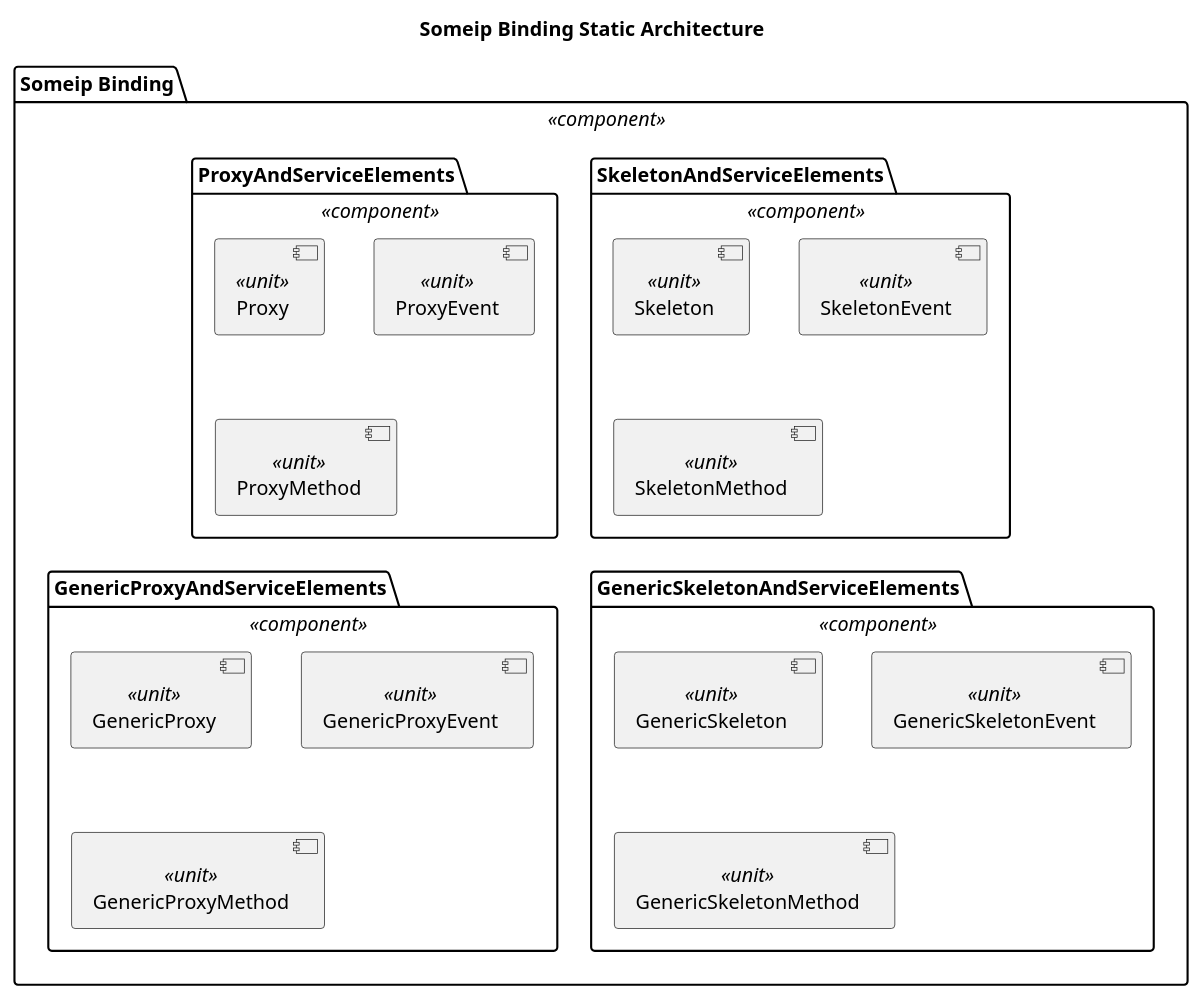
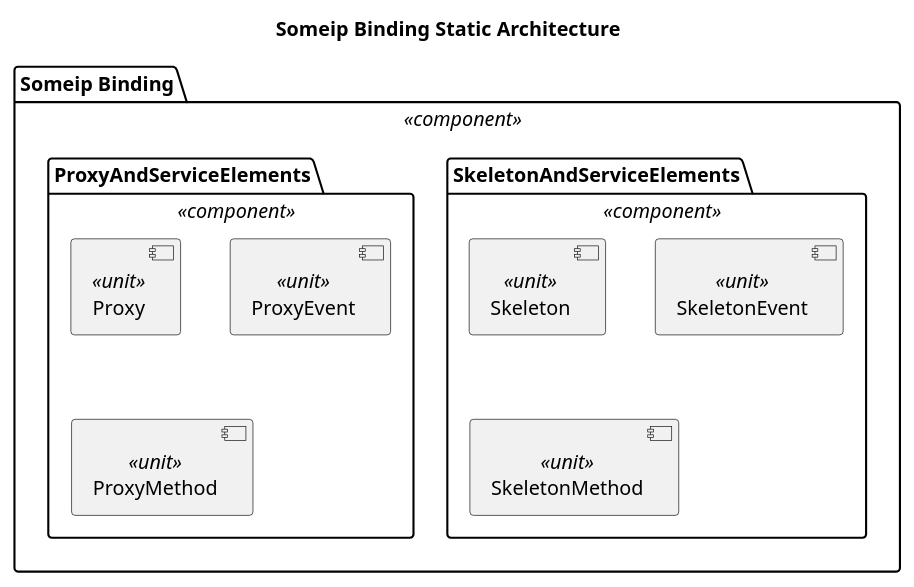
The diagram in score/mw/com/dependability/software_architectural_design/static_design/someip_binding.puml (eclipse-score/communication), drawn with PlantUML before and after one commit. The commit also changed 1 other file, not shown here.

Commit message:
safety_sentinel: Remove generic skeleton / proxy from binding
Since the binding level will soon be type erased, we no longer
differentiate between a SkeletonEvent and GenericEvent (and same for the
proxy side). Therefore, we can remove these units / components from the
binding level.

```diff
--- a/score/mw/com/dependability/software_architectural_design/static_design/someip_binding.puml
+++ b/score/mw/com/dependability/software_architectural_design/static_design/someip_binding.puml
@@ -13,30 +13,18 @@
 @startuml safety_sentinel_someip_binding_design
 title "Someip Binding Static Architecture"
 
 package "Someip Binding" as someip_binding <<component>> {
   package "SkeletonAndServiceElements" as someip_skeleton_and_service_elements <<component>>  {
     component "Skeleton" as someip_skeleton <<unit>> 
     component "SkeletonEvent" as someip_skeleton_event <<unit>> 
     component "SkeletonMethod" as someip_skeleton_method <<unit>> 
   }
 
   package "ProxyAndServiceElements" as someip_proxy_and_service_elements <<component>>  {
     component "Proxy" as someip_proxy <<unit>> 
     component "ProxyEvent" as someip_proxy_event <<unit>> 
     component "ProxyMethod" as someip_proxy_method <<unit>> 
   }
-
-  package "GenericSkeletonAndServiceElements" as someip_generic_skeleton_and_service_elements <<component>>  {
-    component "GenericSkeleton" as someip_generic_skeleton <<unit>> 
-    component "GenericSkeletonEvent" as someip_generic_skeleton_event <<unit>> 
-    component "GenericSkeletonMethod" as someip_generic_skeleton_method <<unit>> 
-  }
-
-  package "GenericProxyAndServiceElements" as someip_generic_proxy_and_service_elements <<component>>  {
-    component "GenericProxy" as someip_generic_proxy <<unit>> 
-    component "GenericProxyEvent" as someip_generic_proxy_event <<unit>> 
-    component "GenericProxyMethod" as someip_generic_proxy_method <<unit>> 
-  }
 }
 
 @enduml
```
